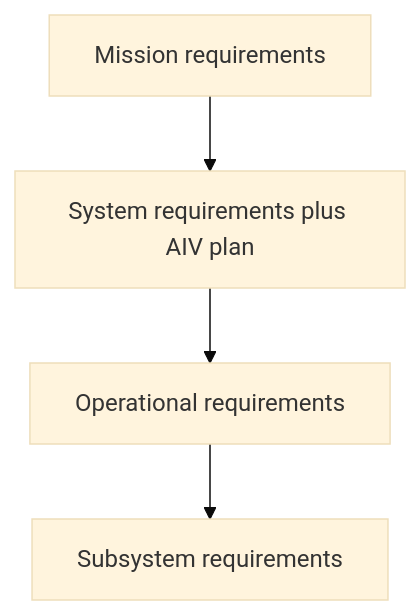
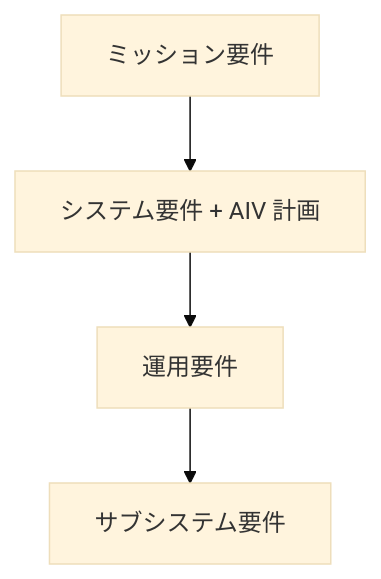
One commit to hirototamura/one-piece changed the fourth of 6 diagrams in docs/INFORMATION_ARCHITECTURE.md. Above: the diagram before and after it, drawn with Mermaid (base theme). The commit also changed other lines of this file and 16 other files, not shown here.

````diff
--- a/docs/INFORMATION_ARCHITECTURE.md
+++ b/docs/INFORMATION_ARCHITECTURE.md
@@ -219,11 +219,11 @@
 ```mermaid
 flowchart TD
-  MR[Mission requirements]
-  SR[System requirements plus AIV plan]
-  OR[Operational requirements]
-  SubR[Subsystem requirements]
+  MR[ミッション要件]
+  SR[システム要件 + AIV 計画]
+  OR[運用要件]
+  SubR[サブシステム要件]
 
   MR --> SR
   SR --> OR
   OR --> SubR
 ```
````
